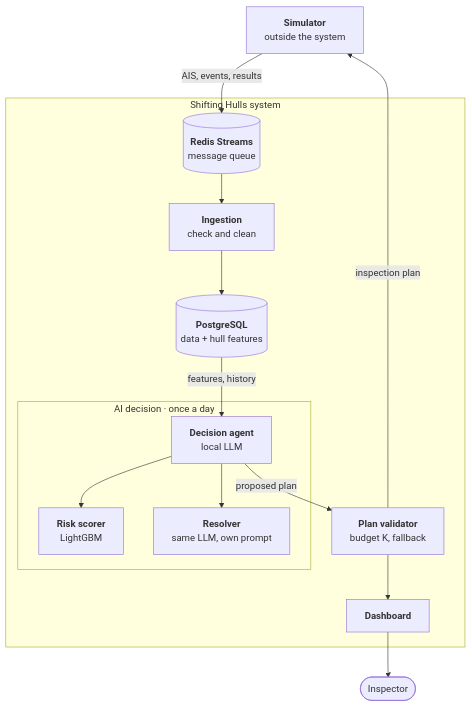
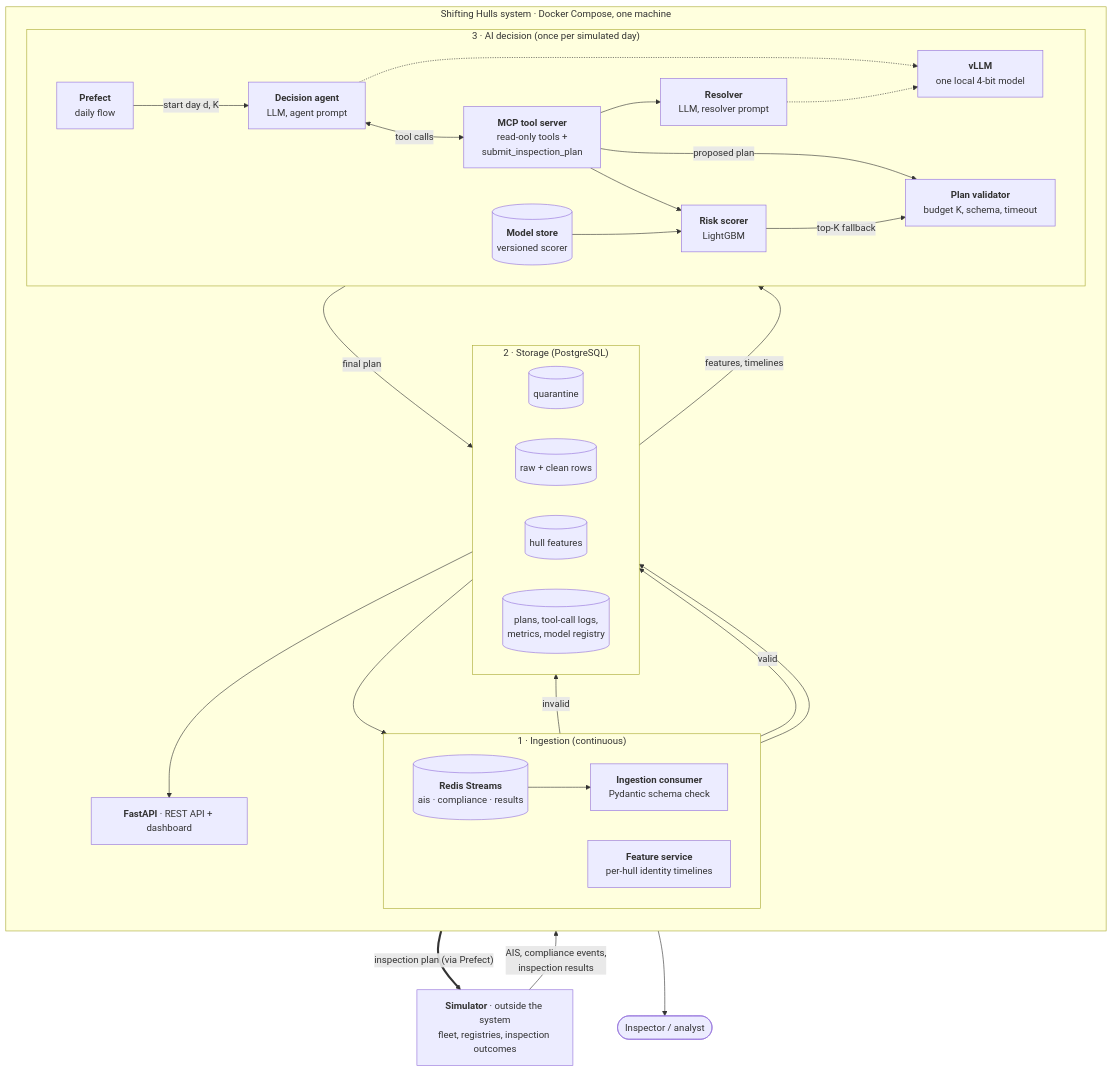
One commit to acadelina/SAA changed the diagram in docs/diagrams/architecture.mmd. Above: the diagram before and after it, drawn with Mermaid. The commit also changed 7 other files, not shown here.

First line of the commit message:
Complete Milestone 2 architecture and plan

```diff
--- a/docs/diagrams/architecture.mmd
+++ b/docs/diagrams/architecture.mmd
@@ -1,30 +1,59 @@
 flowchart TB
-    SIM["<b>Simulator</b><br/>outside the system"]
+    SIM["<b>Simulator</b> · outside the system<br/>fleet, registries, inspection outcomes"]
 
-    subgraph SYS["Shifting Hulls system"]
-        RS[("<b>Redis Streams</b><br/>message queue")]
-        ING["<b>Ingestion</b><br/>check and clean"]
-        PG[("<b>PostgreSQL</b><br/>data + hull features")]
+    subgraph SYS["Shifting Hulls system · Docker Compose, one machine"]
+        direction TB
 
-        subgraph AI["AI decision · once a day"]
-            SCO["<b>Risk scorer</b><br/>LightGBM"]
-            AGT["<b>Decision agent</b><br/>local LLM"]
-            RES["<b>Resolver</b><br/>same LLM, own prompt"]
+        subgraph IN["1 · Ingestion (continuous)"]
+            direction LR
+            RS[("<b>Redis Streams</b><br/>ais · compliance · results")]
+            ING["<b>Ingestion consumer</b><br/>Pydantic schema check"]
+            FEAT["<b>Feature service</b><br/>per-hull identity timelines"]
+            RS --> ING
         end
 
-        VAL["<b>Plan validator</b><br/>budget K, fallback"]
-        UI["<b>Dashboard</b>"]
+        subgraph DB["2 · Storage (PostgreSQL)"]
+            direction LR
+            QUA[("quarantine")]
+            RAW[("raw + clean rows")]
+            HF[("hull features")]
+            LOG[("plans, tool-call logs,<br/>metrics, model registry")]
+        end
+
+        subgraph AI["3 · AI decision (once per simulated day)"]
+            direction LR
+            PRE["<b>Prefect</b><br/>daily flow"]
+            AGT["<b>Decision agent</b><br/>LLM, agent prompt"]
+            MCP["<b>MCP tool server</b><br/>read-only tools +<br/>submit_inspection_plan"]
+            SCO["<b>Risk scorer</b><br/>LightGBM"]
+            RES["<b>Resolver</b><br/>LLM, resolver prompt"]
+            VLLM["<b>vLLM</b><br/>one local 4-bit model"]
+            MS[("<b>Model store</b><br/>versioned scorer")]
+            VAL["<b>Plan validator</b><br/>budget K, schema, timeout"]
+
+            PRE -->|"start day d, K"| AGT
+            AGT <-->|"tool calls"| MCP
+            MCP --> SCO
+            MCP --> RES
+            MS --> SCO
+            AGT -.-> VLLM
+            RES -.-> VLLM
+            MCP -->|"proposed plan"| VAL
+            SCO -->|"top-K fallback"| VAL
+        end
+
+        API["<b>FastAPI</b> · REST API + dashboard"]
     end
 
-    USER(["Inspector"])
+    USER(["Inspector / analyst"])
 
-    SIM -->|"AIS, events, results"| RS
-    RS --> ING
-    ING --> PG
-    PG -->|"features, history"| AGT
-    AGT --> SCO
-    AGT --> RES
-    AGT -->|"proposed plan"| VAL
-    VAL -->|"inspection plan"| SIM
-    VAL --> UI
-    UI --> USER
+    SIM -->|"AIS, compliance events,<br/>inspection results"| RS
+    ING -->|"invalid"| QUA
+    ING -->|"valid"| RAW
+    RAW --> FEAT
+    FEAT --> HF
+    HF -->|"features, timelines"| MCP
+    VAL -->|"final plan"| LOG
+    VAL ==>|"inspection plan (via Prefect)"| SIM
+    LOG --> API
+    API --> USER
```
